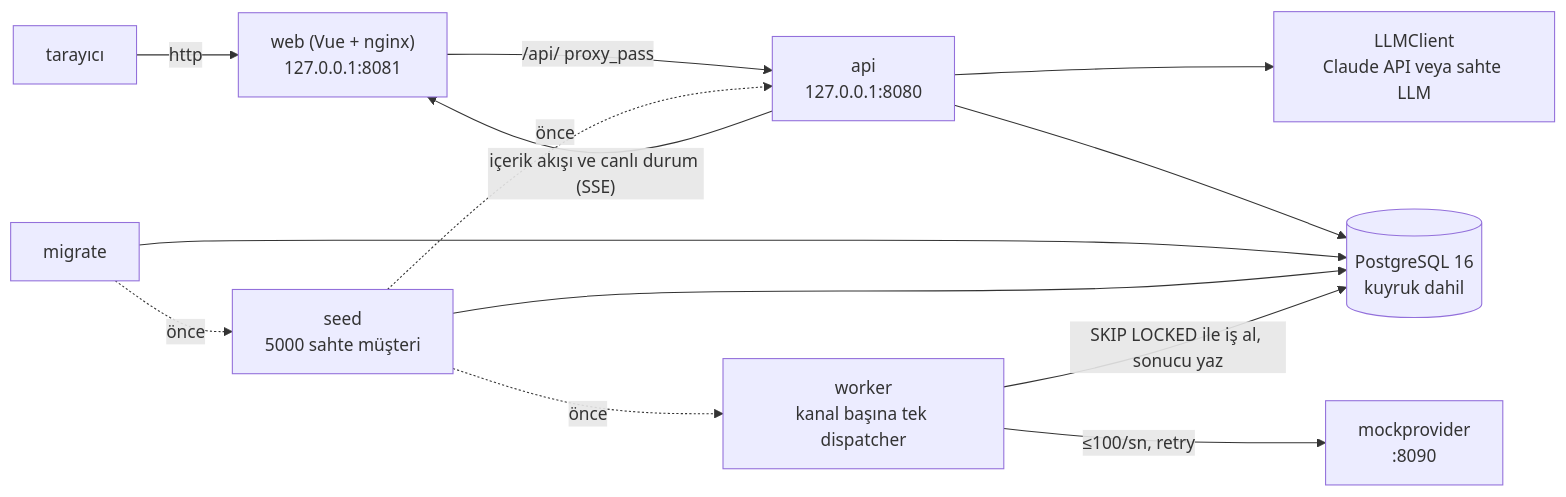
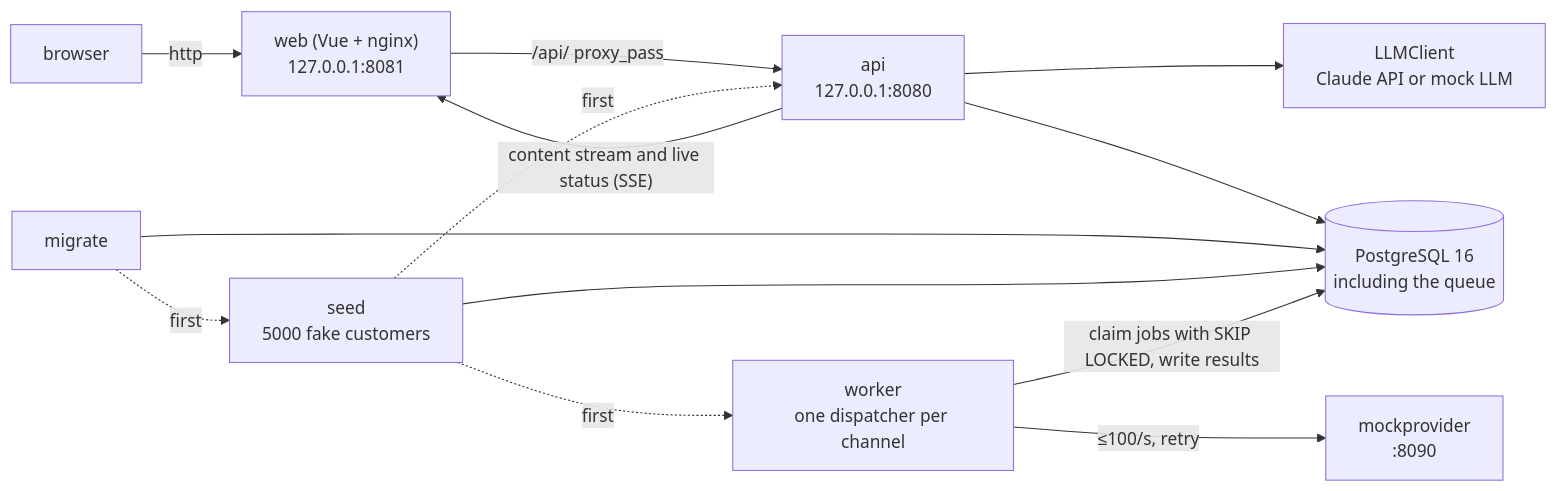
One commit to gulcint/smart-campaign-composer changed the third of 3 diagrams in README.md. Above: the diagram before and after it, drawn with Mermaid. The commit also changed other lines of this file and 1 other file, not shown here.

````diff
--- a/README.md
+++ b/README.md
@@ -166,25 +166,25 @@
 ```mermaid
 flowchart LR
-  browser["tarayıcı"]
+  browser["browser"]
   web["web (Vue + nginx)<br/>127.0.0.1:8081"]
   api["api<br/>127.0.0.1:8080"]
-  llm["LLMClient<br/>Claude API veya sahte LLM"]
-  db[("PostgreSQL 16<br/>kuyruk dahil")]
+  llm["LLMClient<br/>Claude API or mock LLM"]
+  db[("PostgreSQL 16<br/>including the queue")]
   migrate["migrate"]
-  seed["seed<br/>5000 sahte müşteri"]
-  worker["worker<br/>kanal başına tek dispatcher"]
+  seed["seed<br/>5000 fake customers"]
+  worker["worker<br/>one dispatcher per channel"]
   mock["mockprovider<br/>:8090"]
 
   browser -- "http" --> web
   web -- "/api/ proxy_pass" --> api
-  api -- "içerik akışı ve canlı durum (SSE)" --> web
+  api -- "content stream and live status (SSE)" --> web
   api --> llm
   api --> db
   migrate --> db
   seed --> db
-  worker -- "SKIP LOCKED ile iş al, sonucu yaz" --> db
-  worker -- "≤100/sn, retry" --> mock
-  migrate -.->|"önce"| seed
-  seed -.->|"önce"| api
-  seed -.->|"önce"| worker
+  worker -- "claim jobs with SKIP LOCKED, write results" --> db
+  worker -- "≤100/s, retry" --> mock
+  migrate -.->|"first"| seed
+  seed -.->|"first"| api
+  seed -.->|"first"| worker
 ```
````
